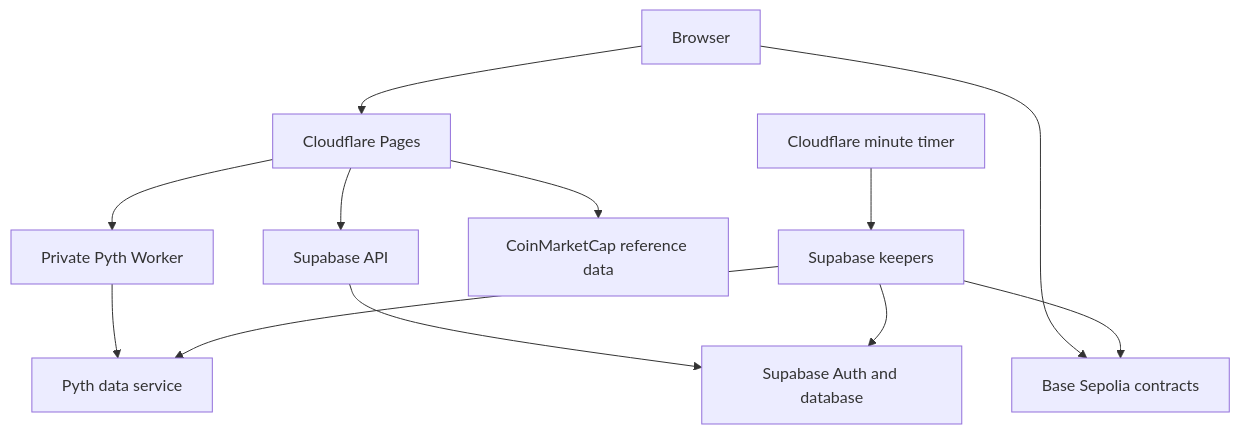
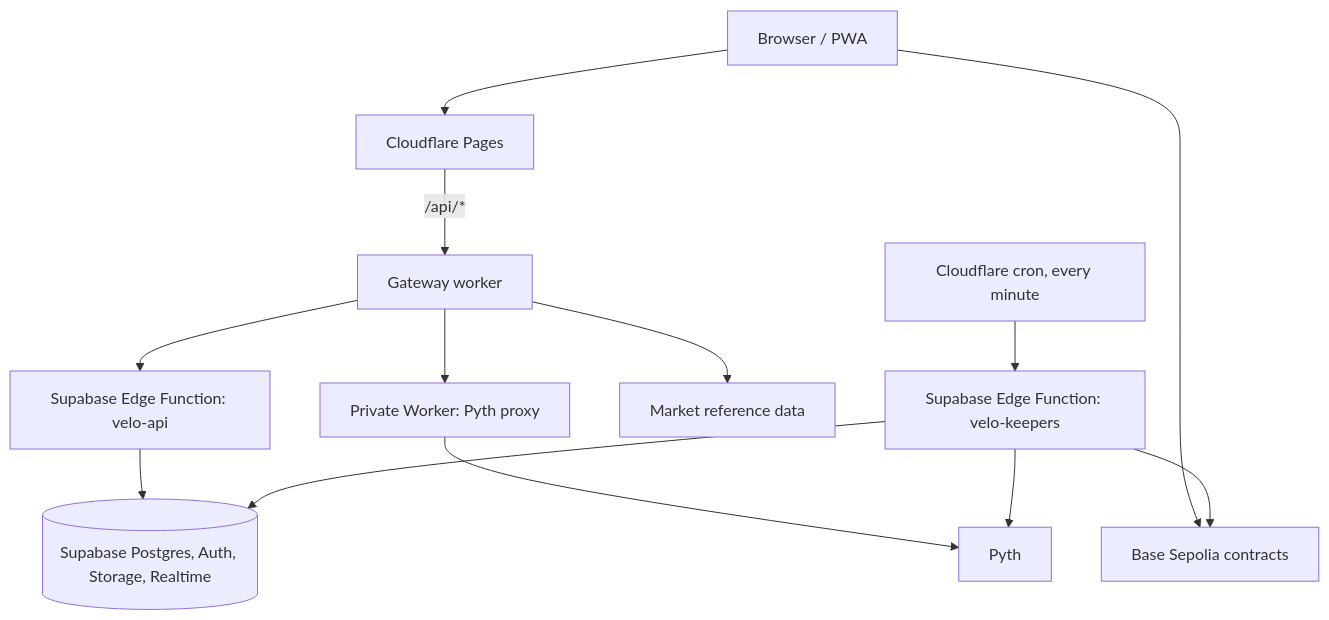
The third of 3 diagrams in README.md (stanisnear/velo-trading-terminal), drawn with Mermaid before and after one commit. The commit also changed other lines of this file and 39 other files, not shown here.

````diff
--- a/README.md
+++ b/README.md
@@ -63,14 +119,15 @@
 ```mermaid
 flowchart TD
-  U[Browser] --> P[Cloudflare Pages]
-  P --> W[Private Pyth Worker]
-  W --> D[Pyth data service]
-  P --> A[Supabase API]
-  P --> M[CoinMarketCap reference data]
-  A --> S[Supabase Auth and database]
-  U --> C[Base Sepolia contracts]
-  T[Cloudflare minute timer] --> K[Supabase keepers]
-  K --> D
-  K --> C
-  K --> S
+  U[Browser / PWA] --> CF[Cloudflare Pages]
+  CF -->|/api/*| GW[Gateway worker]
+  GW --> SB[Supabase Edge Function: velo-api]
+  GW --> PX[Private Worker: Pyth proxy]
+  GW --> MD[Market reference data]
+  PX --> PY[Pyth]
+  SB --> DB[(Supabase Postgres, Auth, Storage, Realtime)]
+  U --> RPC[Base Sepolia contracts]
+  T[Cloudflare cron, every minute] --> KP[Supabase Edge Function: velo-keepers]
+  KP --> PY
+  KP --> RPC
+  KP --> DB
 ```
````
